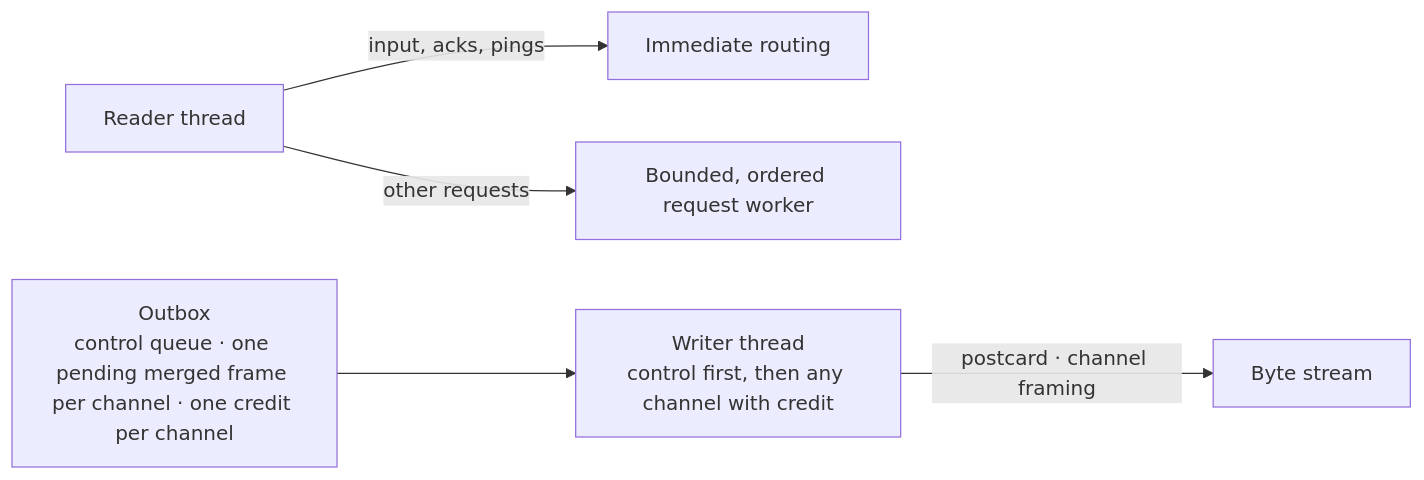
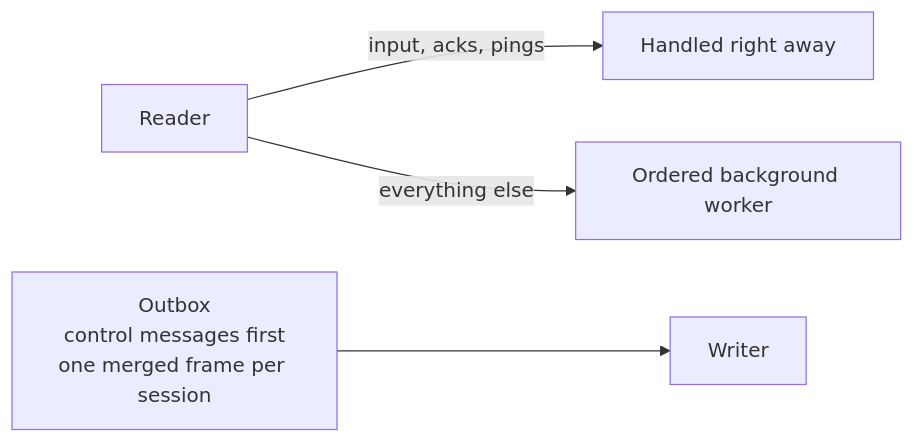
One commit to muxy-app/muxy changed the fifth of 5 diagrams in docs/tech/architecture.md. Above: the diagram before and after it, drawn with Mermaid. The commit also changed other lines of this file and 18 other files, not shown here.

````diff
--- a/docs/tech/architecture.md
+++ b/docs/tech/architecture.md
@@ -84,7 +105,6 @@
 ```mermaid
 flowchart LR
-    RX["Reader thread"] -->|"input, acks, pings"| ROUTE["Immediate routing"]
-    RX -->|"other requests"| WORK["Bounded, ordered request worker"]
-    OUTBOX["Outbox<br/>control queue · one pending merged frame per channel · one credit per channel"] --> TX["Writer thread<br/>control first, then any channel with credit"]
-    TX -->|"postcard · channel framing"| STREAM["Byte stream"]
+    READ["Reader"] -->|"input, acks, pings"| FAST["Handled right away"]
+    READ -->|"everything else"| WORKER["Ordered background worker"]
+    OUTBOX["Outbox<br/>control messages first<br/>one merged frame per session"] --> WRITE["Writer"]
 ```
````
